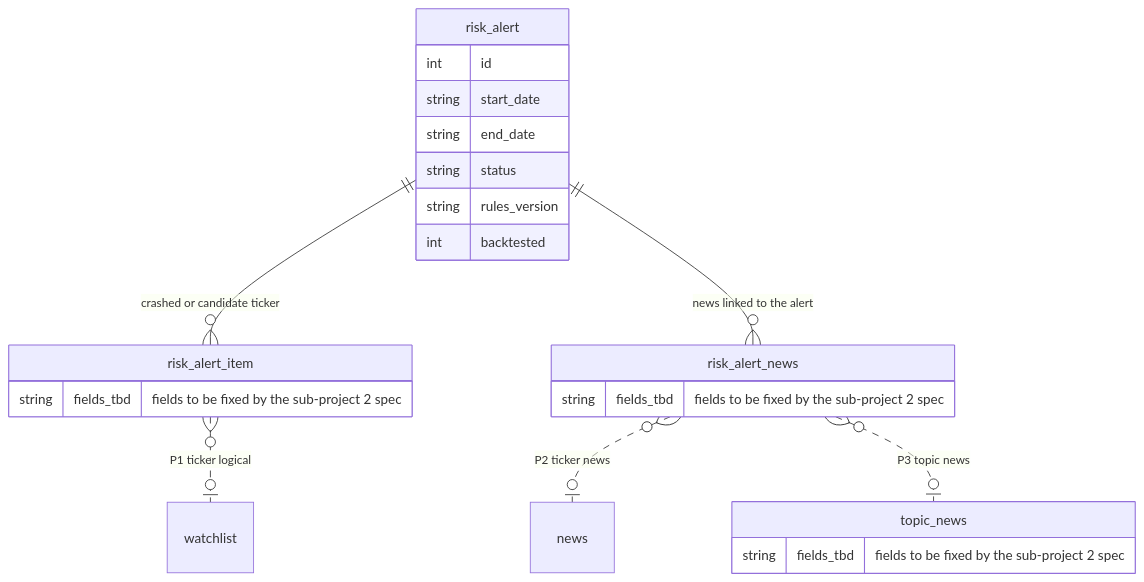
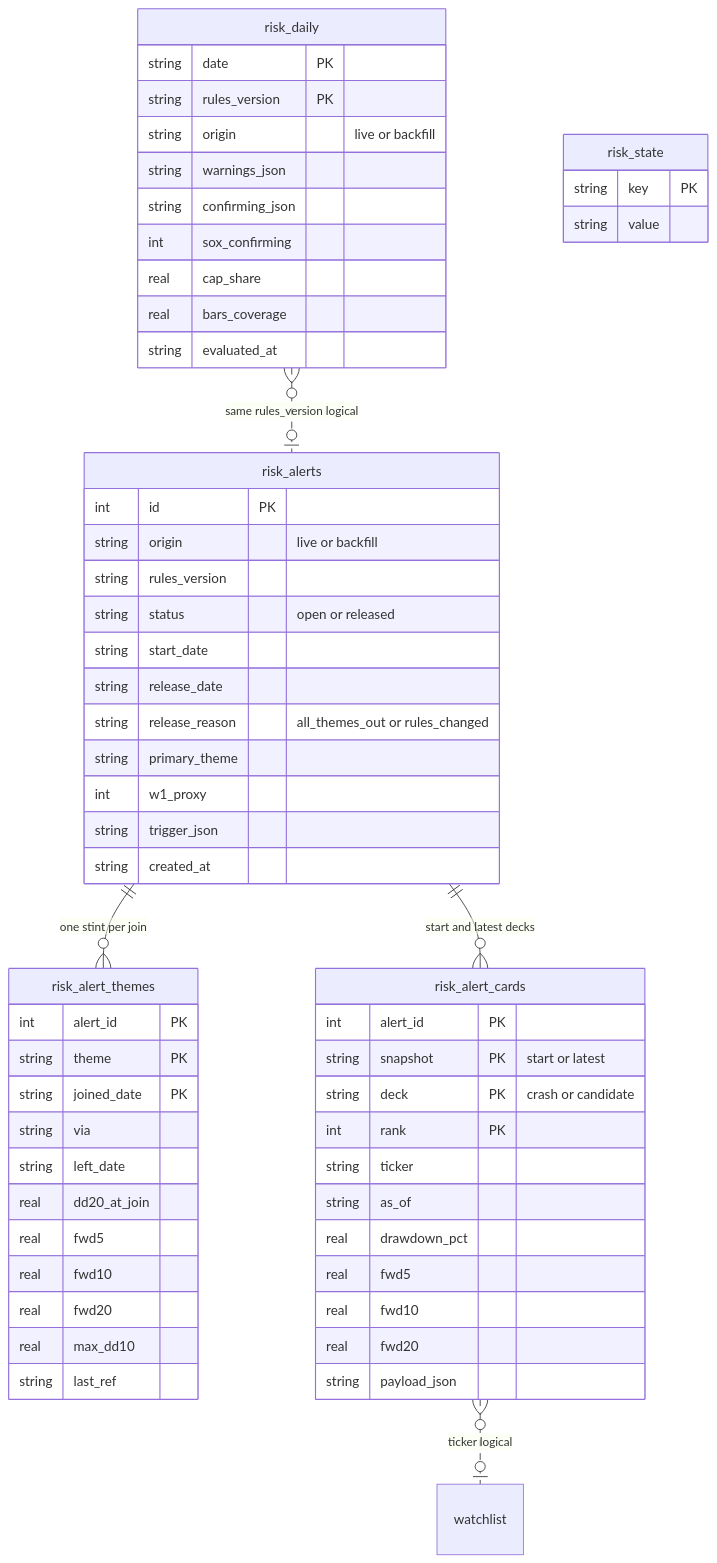
Before and after one commit to probationer070/MoneyView: the second of 3 diagrams in docs/architecture/database-relationships.md, drawn with Mermaid. The commit also changed other lines of this file and 7 other files, not shown here.

Commit message:
feat(risk): backfill reproduction script; docs for the built risk engine

````diff
--- a/docs/architecture/database-relationships.md
+++ b/docs/architecture/database-relationships.md
@@ -237,26 +237,62 @@
 ```mermaid
 erDiagram
-    risk_alert {
-        int id
+    risk_daily {
+        string date PK
+        string rules_version PK
+        string origin "live or backfill"
+        string warnings_json
+        string confirming_json
+        int sox_confirming
+        real cap_share
+        real bars_coverage
+        string evaluated_at
+    }
+    risk_alerts {
+        int id PK
+        string origin "live or backfill"
+        string rules_version
+        string status "open or released"
         string start_date
-        string end_date
-        string status
-        string rules_version
-        int backtested
+        string release_date
+        string release_reason "all_themes_out or rules_changed"
+        string primary_theme
+        int w1_proxy
+        string trigger_json
+        string created_at
     }
-    risk_alert_item {
-        string fields_tbd "fields to be fixed by the sub-project 2 spec"
+    risk_alert_themes {
+        int alert_id PK
+        string theme PK
+        string joined_date PK
+        string via
+        string left_date
+        real dd20_at_join
+        real fwd5
+        real fwd10
+        real fwd20
+        real max_dd10
+        string last_ref
     }
-    risk_alert_news {
-        string fields_tbd "fields to be fixed by the sub-project 2 spec"
+    risk_alert_cards {
+        int alert_id PK
+        string snapshot PK "start or latest"
+        string deck PK "crash or candidate"
+        int rank PK
+        string ticker
+        string as_of
+        real drawdown_pct
+        real fwd5
+        real fwd10
+        real fwd20
+        string payload_json
     }
-    topic_news {
-        string fields_tbd "fields to be fixed by the sub-project 2 spec"
+    risk_state {
+        string key PK
+        string value
     }
 
-    risk_alert ||--o{ risk_alert_item : "crashed or candidate ticker"
-    risk_alert ||--o{ risk_alert_news : "news linked to the alert"
-    risk_alert_item }o..o| watchlist : "P1 ticker logical"
-    risk_alert_news }o..o| news : "P2 ticker news"
-    risk_alert_news }o..o| topic_news : "P3 topic news"
+    risk_alerts ||--o{ risk_alert_themes : "one stint per join"
+    risk_alerts ||--o{ risk_alert_cards : "start and latest decks"
+    risk_alert_cards }o..o| watchlist : "ticker logical"
+    risk_daily }o..o| risk_alerts : "same rules_version logical"
 ```
````
